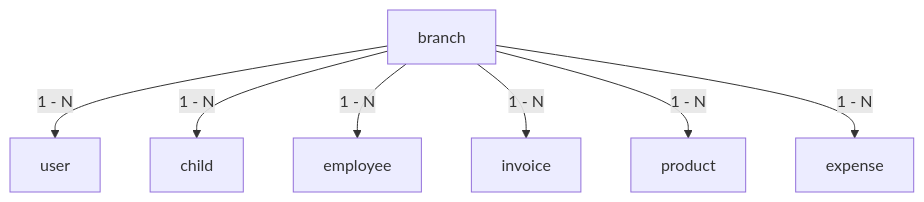
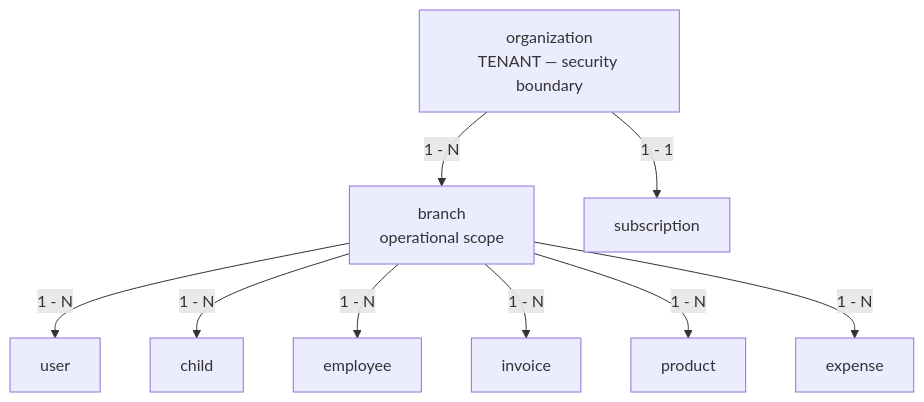
The first of 3 diagrams in docs/03_Database_Design.md (nizomiddin-rakhimberdiev/kg-crm), drawn with Mermaid before and after one commit. The commit also changed other lines of this file and 10 other files, not shown here.

````diff
--- a/docs/03_Database_Design.md
+++ b/docs/03_Database_Design.md
@@ -144,9 +152,11 @@
 ```mermaid
 graph TD
-    B[branch] -->|1 - N| U[user]
+    O[organization<br/>TENANT — security boundary] -->|1 - N| B[branch<br/>operational scope]
+    O -->|1 - 1| S[subscription]
+    B -->|1 - N| U[user]
     B -->|1 - N| C[child]
     B -->|1 - N| E[employee]
     B -->|1 - N| INV[invoice]
     B -->|1 - N| P[product]
     B -->|1 - N| EX[expense]
 ```
````
